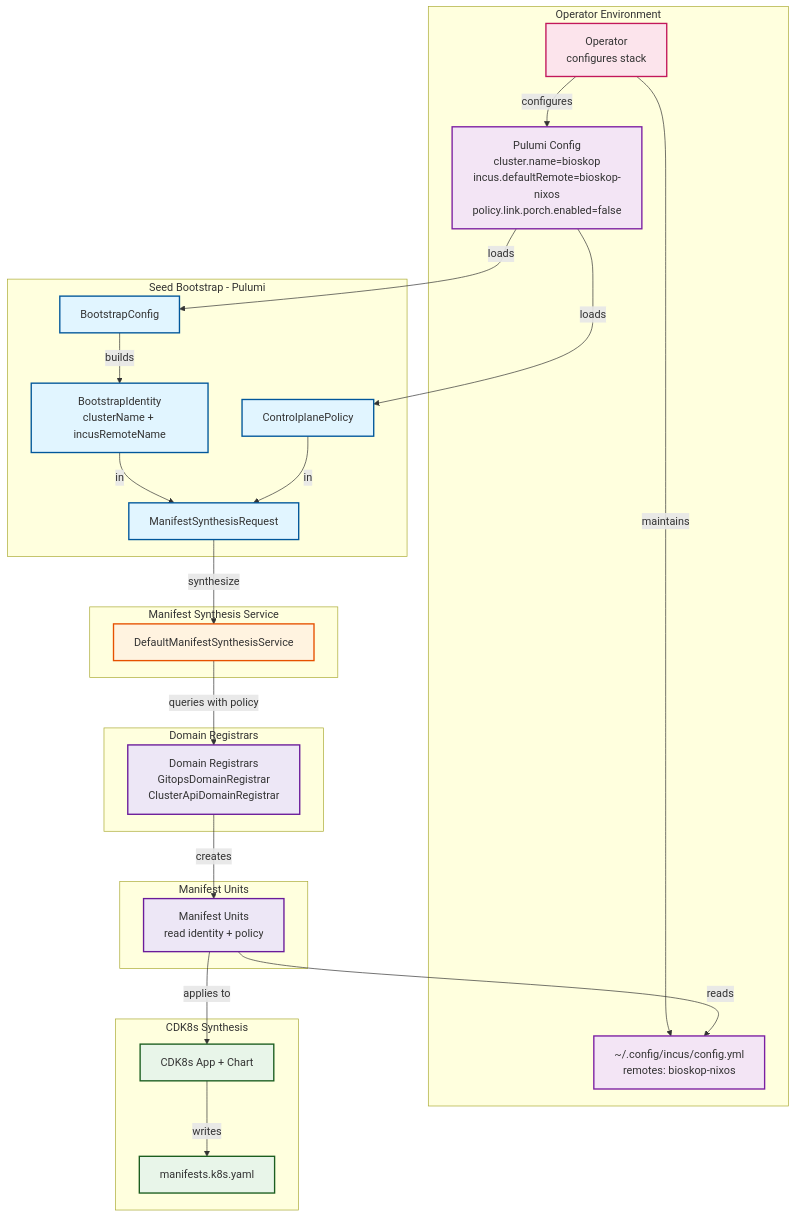
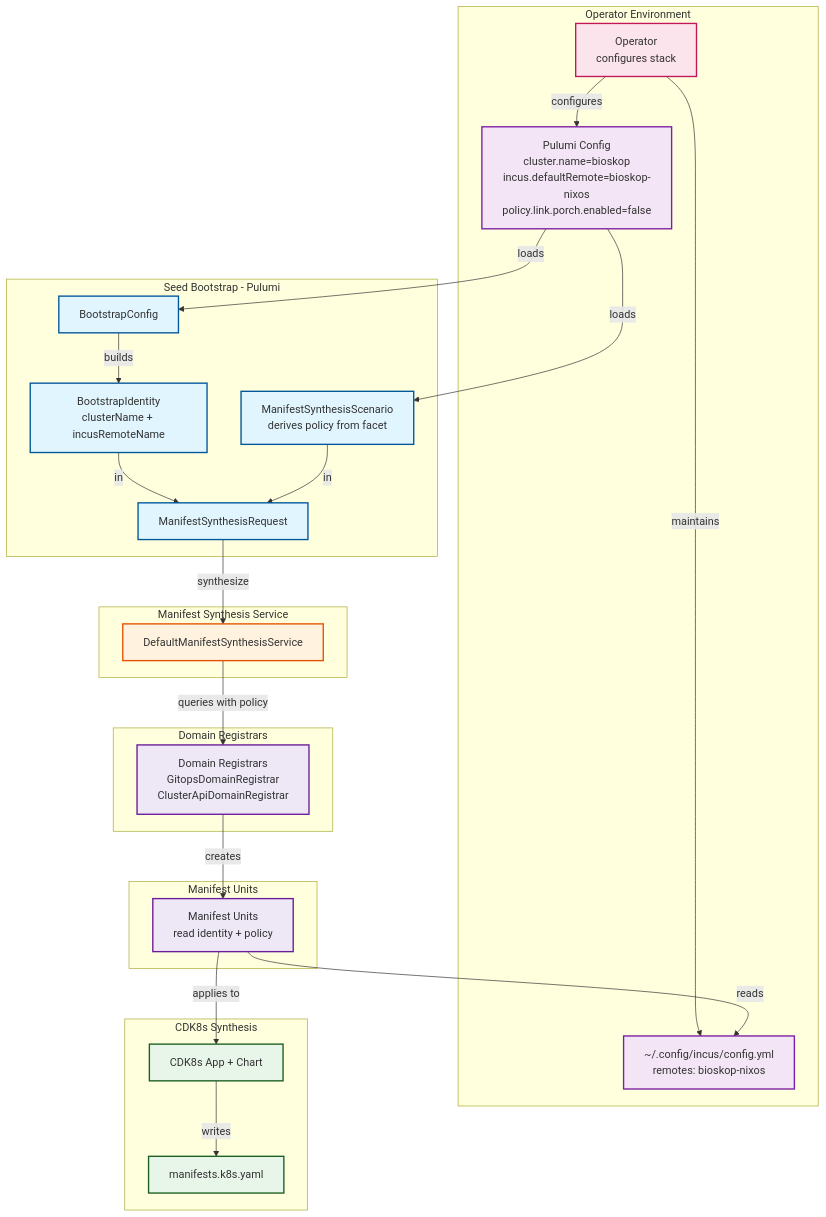
Before and after one commit to nxmatic/rke2lab: the first of 4 diagrams in docs/architecture/manifests/manifest-conditional-inclusion.adoc, drawn with Mermaid. The commit also changed other lines of this file and 18 other files, not shown here.

```diff
--- a/docs/architecture/manifests/manifest-conditional-inclusion.adoc
+++ b/docs/architecture/manifests/manifest-conditional-inclusion.adoc
@@ -39,61 +39,61 @@
 [mermaid]
 ----
 graph TB
     subgraph "Operator Environment"
         OP[Operator<br/>configures stack]
         PC[Pulumi Config<br/>cluster.name=bioskop<br/>incus.defaultRemote=bioskop-nixos<br/>policy.link.porch.enabled=false]
         IC[~/.config/incus/config.yml<br/>remotes: bioskop-nixos]
     end
 
     subgraph "Seed Bootstrap - Pulumi"
         BC[BootstrapConfig]
-        CP[ControlplanePolicy]
+        CP[ManifestSynthesisScenario<br/>derives policy from facet]
         BI[BootstrapIdentity<br/>clusterName + incusRemoteName]
         MS[ManifestSynthesisRequest]
     end
 
     subgraph "Manifest Synthesis Service"
         DMS[DefaultManifestSynthesisService]
     end
 
     subgraph "Domain Registrars"
         DR[Domain Registrars<br/>GitopsDomainRegistrar<br/>ClusterApiDomainRegistrar]
     end
 
     subgraph "Manifest Units"
         MU[Manifest Units<br/>read identity + policy]
     end
 
     subgraph "CDK8s Synthesis"
         CDK[CDK8s App + Chart]
         YAML[manifests.k8s.yaml]
     end
 
     OP -->|configures| PC
     OP -->|maintains| IC
     PC -->|loads| BC
     PC -->|loads| CP
     BC -->|builds| BI
     BI -->|in| MS
     CP -->|in| MS
     MS -->|synthesize| DMS
     DMS -->|queries with policy| DR
     DR -->|creates| MU
     MU -->|reads| IC
     MU -->|applies to| CDK
     CDK -->|writes| YAML
 
     classDef operatorClass fill:#fce4ec,stroke:#c2185b,stroke-width:2px
     classDef configClass fill:#f3e5f5,stroke:#7b1fa2,stroke-width:2px
     classDef policyClass fill:#e1f5ff,stroke:#01579b,stroke-width:2px
     classDef serviceClass fill:#fff3e0,stroke:#e65100,stroke-width:2px
     classDef domainClass fill:#ede7f6,stroke:#6a1b9a,stroke-width:2px
     classDef outputClass fill:#e8f5e9,stroke:#1b5e20,stroke-width:2px
 
     class OP operatorClass
     class PC,IC configClass
     class BC,CP,BI,MS policyClass
     class DMS serviceClass
     class DR,MU domainClass
     class CDK,YAML outputClass
 ----
```
